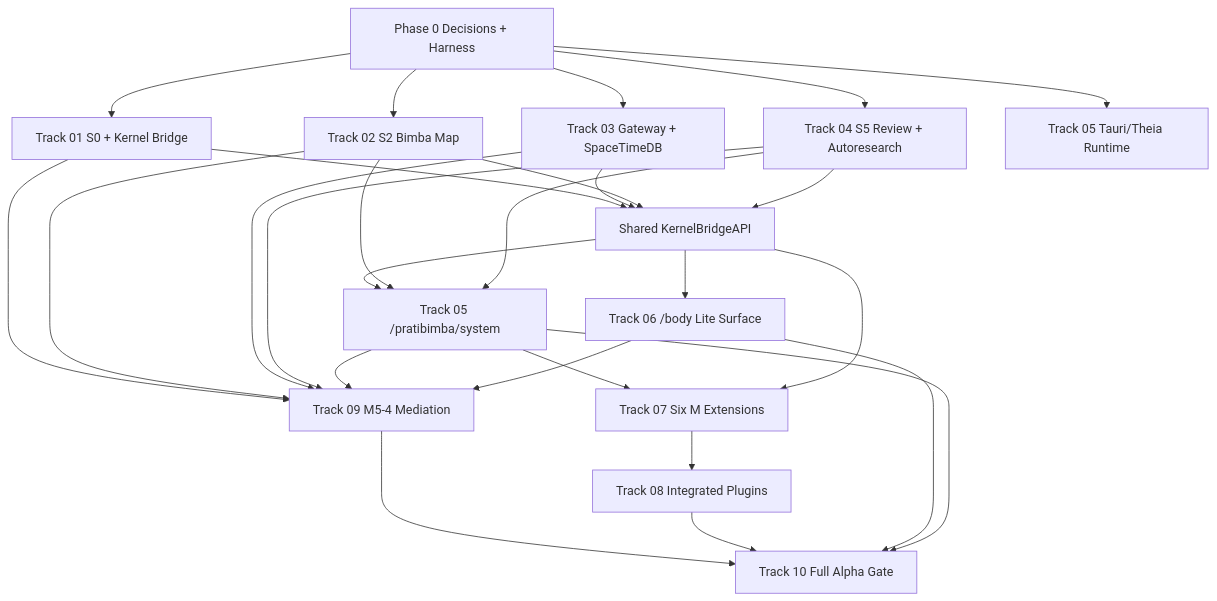
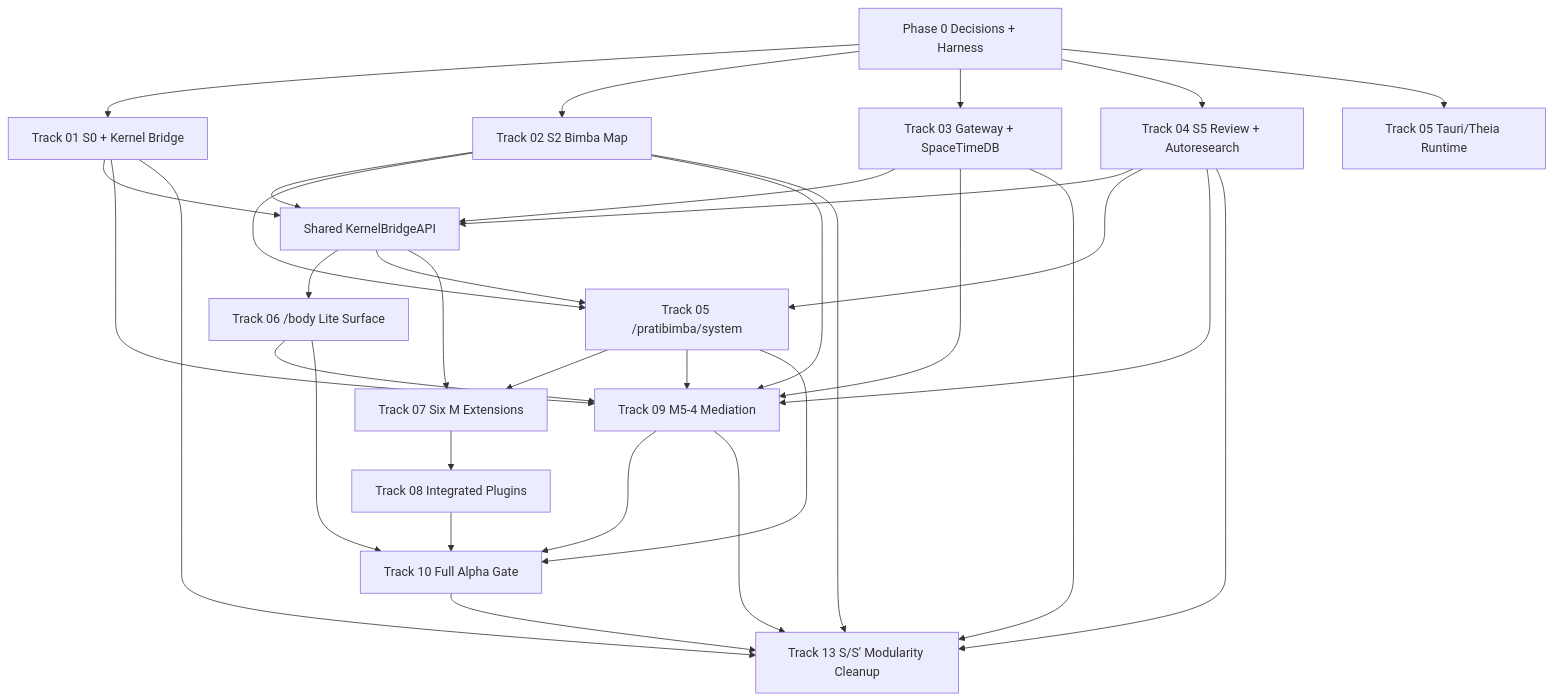
Before and after one commit to EpiLogos/Epi-Logos-C-Experiments: the diagram in docs/plans/2026-05-31-mprime-and-sprime-implementation-tracks/00-overview-and-sequencing.md, drawn with Mermaid. The commit also changed other lines of this file and 371 other files, not shown here.

````diff
--- a/docs/plans/2026-05-31-mprime-and-sprime-implementation-tracks/00-overview-and-sequencing.md
+++ b/docs/plans/2026-05-31-mprime-and-sprime-implementation-tracks/00-overview-and-sequencing.md
@@ -133,34 +156,41 @@
 ```mermaid
 flowchart TD
   D["Phase 0 Decisions + Harness"] --> S0["Track 01 S0 + Kernel Bridge"]
   D --> S2["Track 02 S2 Bimba Map"]
   D --> S3["Track 03 Gateway + SpaceTimeDB"]
   D --> S5["Track 04 S5 Review + Autoresearch"]
   D --> Tauri["Track 05 Tauri/Theia Runtime"]
 
   S0 --> Bridge["Shared KernelBridgeAPI"]
   S3 --> Bridge
   S2 --> Bridge
   S5 --> Bridge
 
   Bridge --> Body["Track 06 /body Lite Surface"]
   Bridge --> Ide["Track 05 /pratibimba/system"]
   S2 --> Ide
   S5 --> Ide
 
   Ide --> Ext["Track 07 Six M Extensions"]
   Bridge --> Ext
   Ext --> Plugins["Track 08 Integrated Plugins"]
 
   S0 --> Agents["Track 09 M5-4 Mediation"]
   S2 --> Agents
   S3 --> Agents
   S5 --> Agents
   Ide --> Agents
   Body --> Agents
 
   Agents --> Alpha["Track 10 Full Alpha Gate"]
   Plugins --> Alpha
   Body --> Alpha
   Ide --> Alpha
+
+  Alpha --> Cleanup["Track 13 S/S' Modularity Cleanup"]
+  S0 --> Cleanup
+  S2 --> Cleanup
+  S3 --> Cleanup
+  S5 --> Cleanup
+  Agents --> Cleanup
 ```
````
